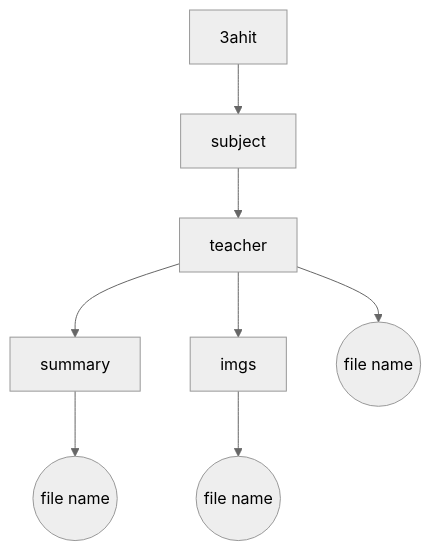
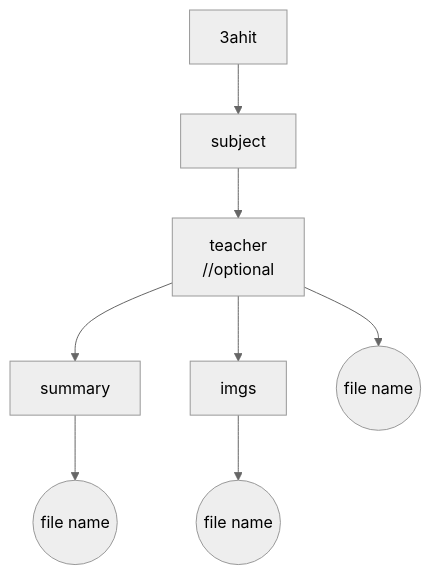
One commit to SimaBe210252/3AHI changed the diagram in readme.md. Above: the diagram before and after it, drawn with Mermaid (neutral theme). The commit also changed other lines of this file, not shown here.

````diff
--- a/readme.md
+++ b/readme.md
@@ -14,19 +16,20 @@
-  ```mermaid
-    graph  TD
-    f1[3ahit]
-    f2[subject]
-    f3[teacher]
-    f4[summary]
-    f5[imgs]
-    f6((file name))
-    f7((file name))
-    f8((file name))
+```mermaid
+  graph  TD
+  f1[3ahit]
+  f2[subject]
+  f3[teacher
+  //optional]
+  f4[summary]
+  f5[imgs]
+  f6((file name))
+  f7((file name))
+  f8((file name))
 
-    f1 --> f2
-    f2 --> f3
-    f3 --> f4
-    f3 --> f5
-    f3 --> f8
-    f4 --> f6
-    f5 --> f7
-    ```
+  f1 --> f2
+  f2 --> f3
+  f3 --> f4
+  f3 --> f5
+  f3 --> f8
+  f4 --> f6
+  f5 --> f7
+  ```
````
